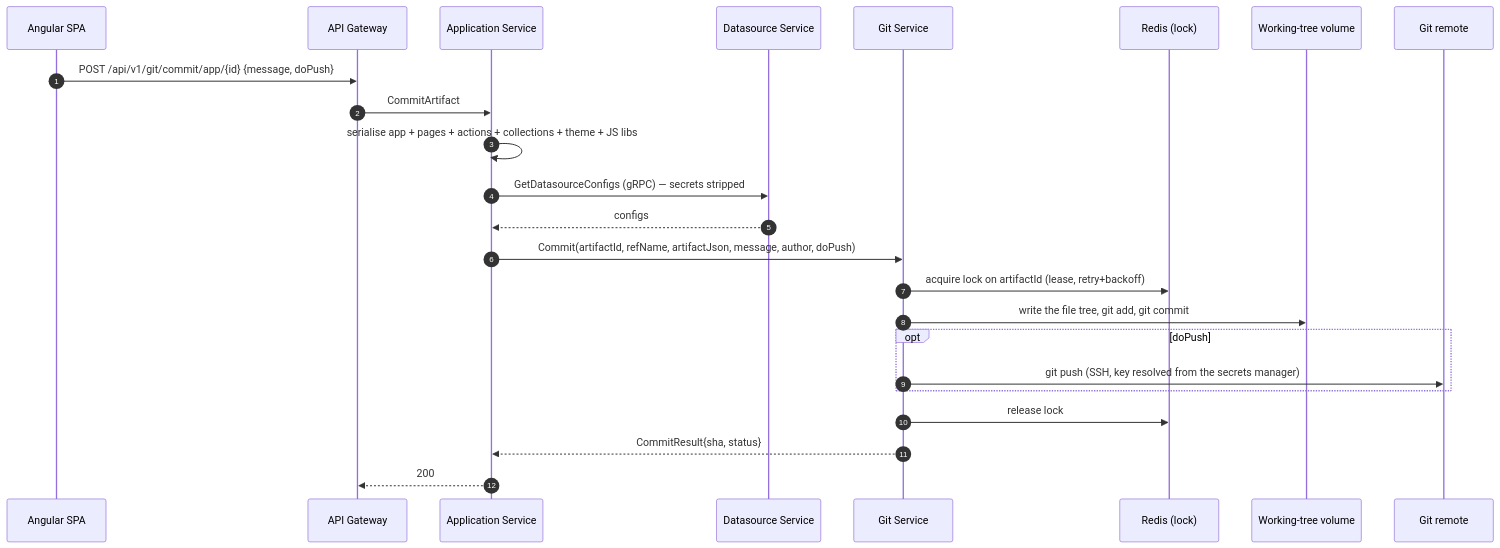
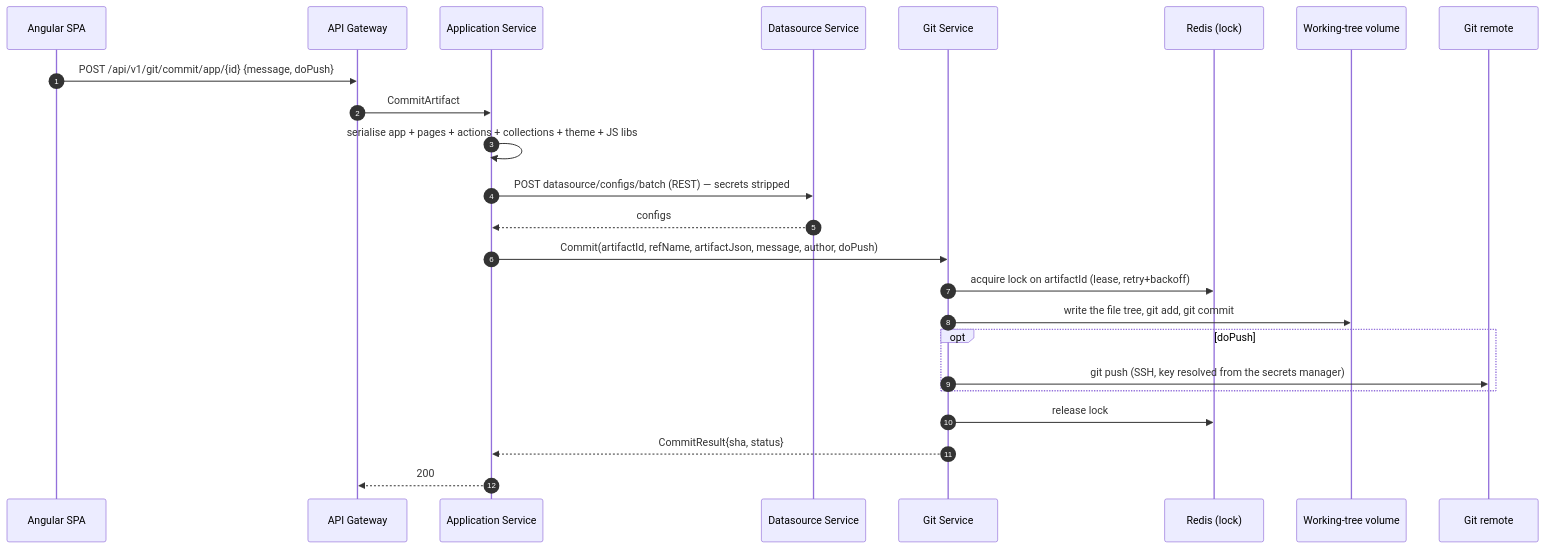
Before and after one commit to hudaSharings/appsmith-docs: the eighth of 11 diagrams in microservices/02-target-architecture/07-target-golden-paths.md, drawn with Mermaid. The commit also changed other lines of this file and 24 other files, not shown here.

````diff
--- a/microservices/02-target-architecture/07-target-golden-paths.md
+++ b/microservices/02-target-architecture/07-target-golden-paths.md
@@ -268,27 +269,27 @@
 ```mermaid
 sequenceDiagram
     autonumber
     participant B as Angular SPA
     participant GW as API Gateway
     participant APP as Application Service
     participant DS as Datasource Service
     participant GIT as Git Service
     participant R as Redis (lock)
     participant WT as Working-tree volume
     participant REM as Git remote
 
     B->>GW: POST /api/v1/git/commit/app/{id} {message, doPush}
     GW->>APP: CommitArtifact
     APP->>APP: serialise app + pages + actions + collections + theme + JS libs
-    APP->>DS: GetDatasourceConfigs (gRPC) — secrets stripped
+    APP->>DS: POST datasource/configs/batch (REST) — secrets stripped
     DS-->>APP: configs
     APP->>GIT: Commit(artifactId, refName, artifactJson, message, author, doPush)
     GIT->>R: acquire lock on artifactId (lease, retry+backoff)
     GIT->>WT: write the file tree, git add, git commit
     opt doPush
         GIT->>REM: git push (SSH, key resolved from the secrets manager)
     end
     GIT->>R: release lock
     GIT-->>APP: CommitResult{sha, status}
     APP-->>GW: 200
 ```
````
